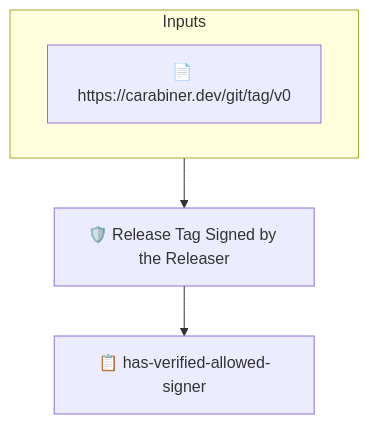
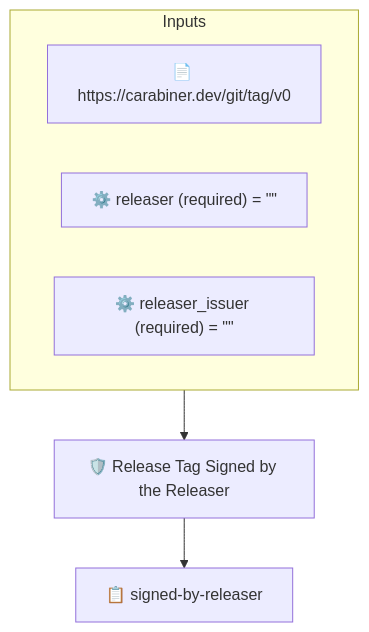
The diagram in release/release-tag-signed.md (carabiner-dev/policies), drawn with Mermaid before and after one commit. The commit also changed other lines of this file and 26 other files, not shown here.

````diff
--- a/release/release-tag-signed.md
+++ b/release/release-tag-signed.md
@@ -43,9 +53,11 @@
 ```mermaid
 flowchart TD
     subgraph inputs["Inputs"]
         A0["📄 https://carabiner.dev/git/tag/v0"]
+        C0["⚙️ releaser (required) = #quot;#quot;"]
+        C1["⚙️ releaser_issuer (required) = #quot;#quot;"]
     end
     P["🛡️ Release Tag Signed by the Releaser"]
     inputs --> P
-    P --> P_T0["📋 has-verified-allowed-signer"]
+    P --> P_T0["📋 signed-by-releaser"]
 ```
````
